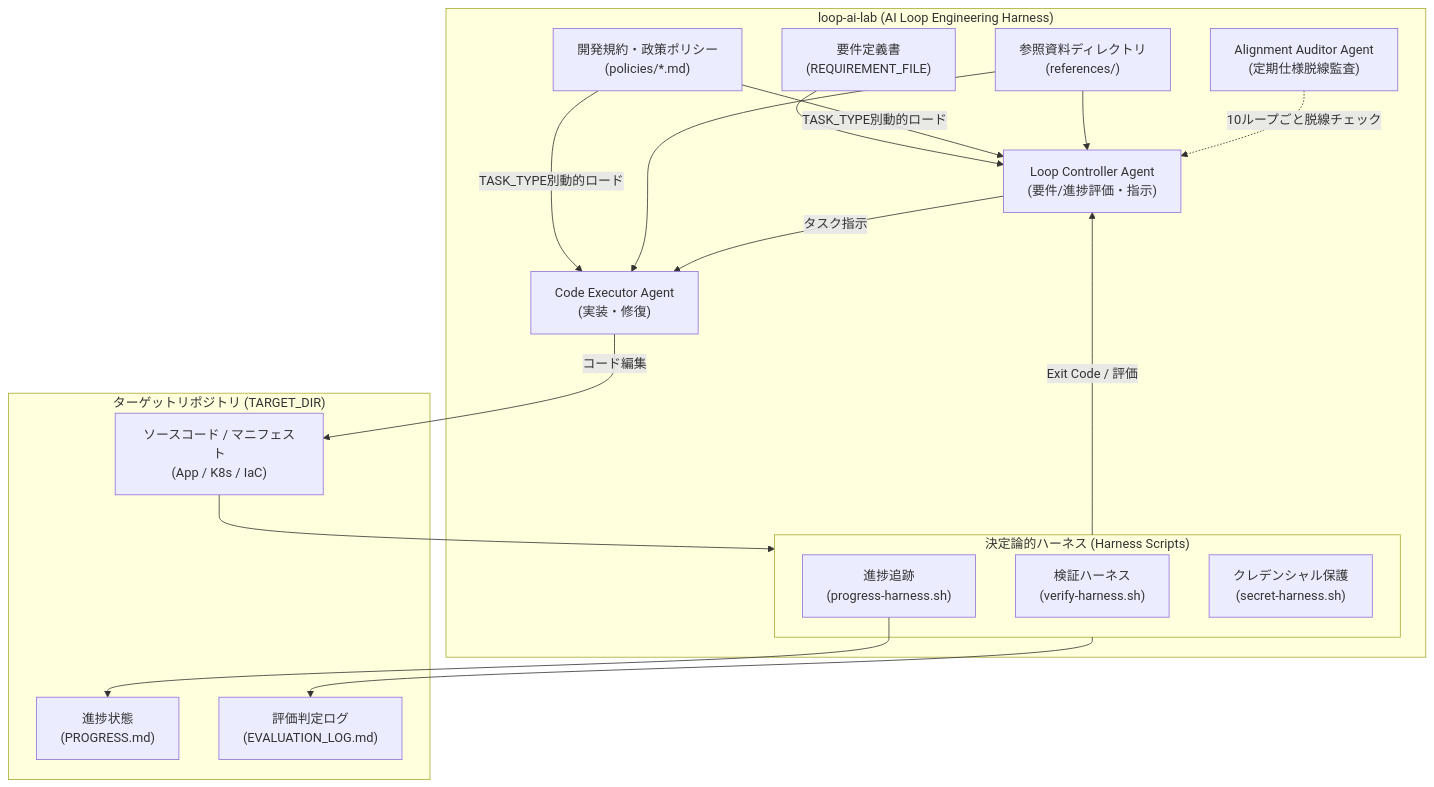
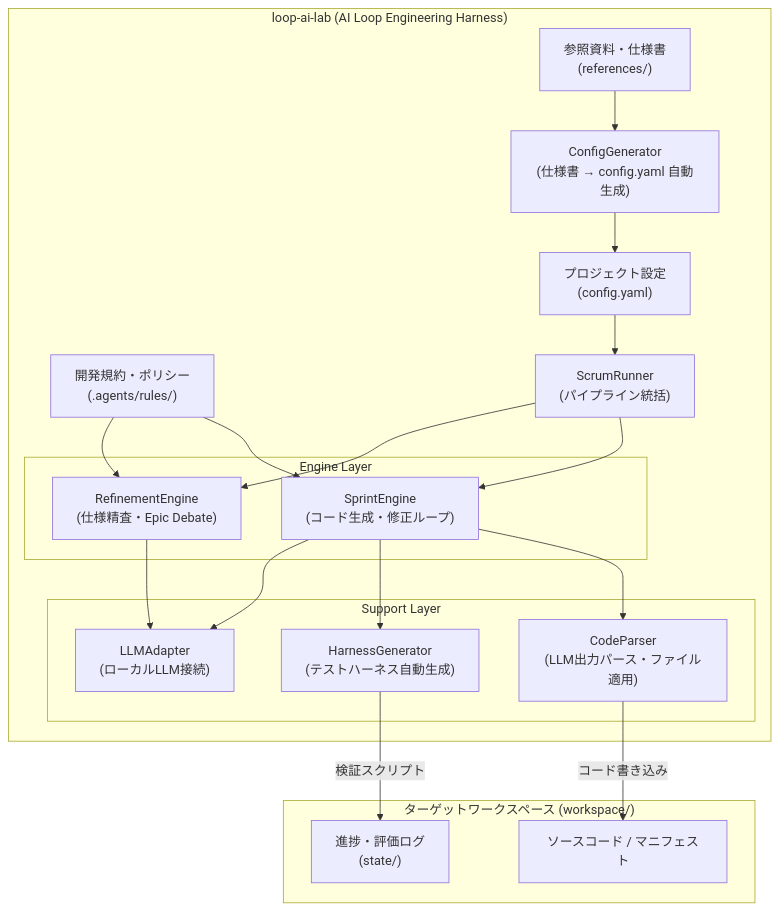
One commit to btomoaki/loop-ai-lab changed the diagram in README.md. Above: the diagram before and after it, drawn with Mermaid. The commit also changed other lines of this file and 41 other files, not shown here.

First line of the commit message:
refactor(refinement): overhaul refinement engine and reorganize agent rules

````diff
--- a/README.md
+++ b/README.md
@@ -9,38 +9,43 @@
 ```mermaid
 graph TD
     subgraph LoopLab["loop-ai-lab (AI Loop Engineering Harness)"]
-        Req["要件定義書<br/>(REQUIREMENT_FILE)"]
-        Policies["開発規約・政策ポリシー<br/>(policies/*.md)"]
-        Refs["参照資料ディレクトリ<br/>(references/)"]
-        
-        Controller["Loop Controller Agent<br/>(要件/進捗評価・指示)"]
-        Executor["Code Executor Agent<br/>(実装・修復)"]
-        Auditor["Alignment Auditor Agent<br/>(定期仕様脱線監査)"]
-        
-        subgraph Harness["決定論的ハーネス (Harness Scripts)"]
-            Verify["検証ハーネス<br/>(verify-harness.sh)"]
-            Progress["進捗追跡<br/>(progress-harness.sh)"]
-            Secret["クレデンシャル保護<br/>(secret-harness.sh)"]
+        Refs["参照資料・仕様書<br/>(references/)"]
+        Config["プロジェクト設定<br/>(config.yaml)"]
+        Rules["開発規約・ポリシー<br/>(.agents/rules/)"]
+
+        ConfigGen["ConfigGenerator<br/>(仕様書 → config.yaml 自動生成)"]
+        ScrumRunner["ScrumRunner<br/>(パイプライン統括)"]
+
+        subgraph Engines["Engine Layer"]
+            Refinement["RefinementEngine<br/>(仕様精査・Epic Debate)"]
+            Sprint["SprintEngine<br/>(コード生成・修正ループ)"]
+        end
+
+        subgraph Support["Support Layer"]
+            LLM["LLMAdapter<br/>(ローカルLLM接続)"]
+            Harness["HarnessGenerator<br/>(テストハーネス自動生成)"]
+            Parser["CodeParser<br/>(LLM出力パース・ファイル適用)"]
         end
     end
 
-    subgraph Target["ターゲットリポジトリ (TARGET_DIR)"]
-        Code["ソースコード / マニフェスト<br/>(App / K8s / IaC)"]
-        State["進捗状態<br/>(PROGRESS.md)"]
-        Log["評価判定ログ<br/>(EVALUATION_LOG.md)"]
+    subgraph Target["ターゲットワークスペース (workspace/)"]
+        Code["ソースコード / マニフェスト"]
+        State["進捗・評価ログ<br/>(state/)"]
     end
 
-    Req --> Controller
-    Policies -->|TASK_TYPE別動的ロード| Controller
-    Policies -->|TASK_TYPE別動的ロード| Executor
-    Refs --> Controller
-    Refs --> Executor
-    
-    Controller -->|タスク指示| Executor
-    Executor -->|コード編集| Code
-    Code --> Harness
-    Harness -->|Exit Code / 評価| Controller
-    Auditor -.->|10ループごと脱線チェック| Controller
-    Progress --> State
-    Harness --> Log
+    Refs --> ConfigGen
+    ConfigGen --> Config
+    Config --> ScrumRunner
+    Rules --> Refinement
+    Rules --> Sprint
+
+    ScrumRunner --> Refinement
+    ScrumRunner --> Sprint
+    Sprint --> LLM
+    Sprint --> Harness
+    Sprint --> Parser
+    Refinement --> LLM
+
+    Parser -->|コード書き込み| Code
+    Harness -->|検証スクリプト| State
 ```
````
